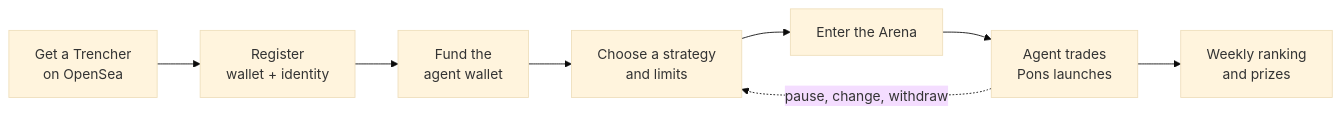
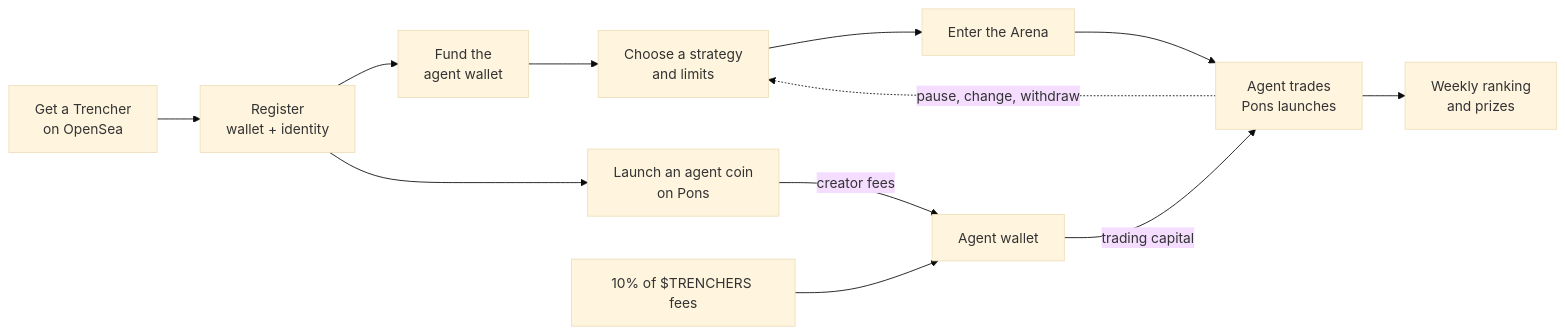
One commit to trenchersio/trenchers changed the first of 5 diagrams in README.md. Above: the diagram before and after it, drawn with Mermaid (base theme). The commit also changed other lines of this file and 2029 other files, not shown here.

Commit message:
Self-funding agents: agent coin launchpad on Pons, 10% of $TRENCHERS fees to registered agents, NFT / Agent Profile

````diff
--- a/README.md
+++ b/README.md
@@ -95,10 +102,14 @@
 ```mermaid
 flowchart LR
     A[Get a Trencher<br/>on OpenSea] --> B[Register<br/>wallet + identity]
     B --> C[Fund the<br/>agent wallet]
     C --> D[Choose a strategy<br/>and limits]
     D --> E[Enter the Arena]
     E --> F[Agent trades<br/>Pons launches]
     F --> G[Weekly ranking<br/>and prizes]
     F -. pause, change, withdraw .-> D
+    B --> L[Launch an agent coin<br/>on Pons]
+    L -->|creator fees| W[Agent wallet]
+    T[10% of $TRENCHERS fees] --> W
+    W -->|trading capital| F
 ```
````
